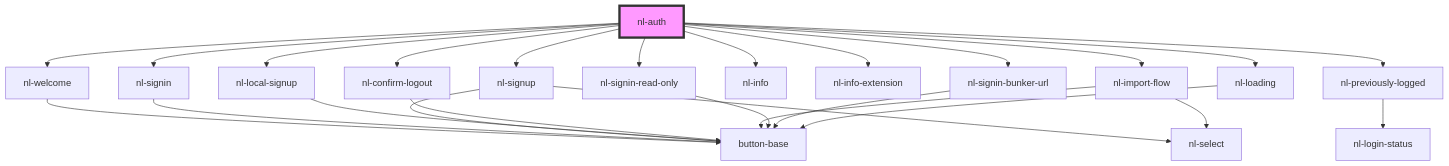
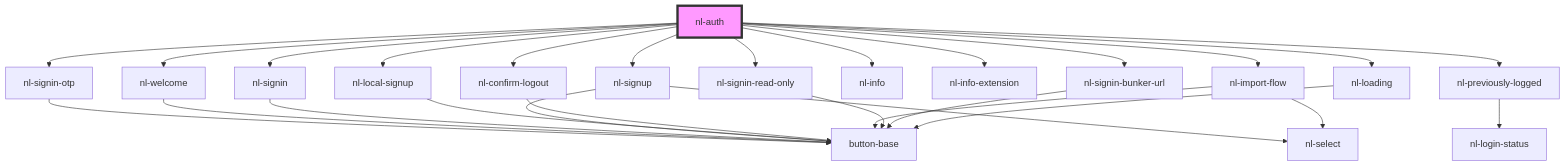
One commit to nostrband/nostr-login changed the diagram in packages/components/src/components/nl-auth/readme.md. Above: the diagram before and after it, drawn with Mermaid. The commit also changed other lines of this file and 22 other files, not shown here.

````diff
--- a/packages/components/src/components/nl-auth/readme.md
+++ b/packages/components/src/components/nl-auth/readme.md
@@ -51,28 +54,30 @@
 ```mermaid
 graph TD;
+  nl-auth --> nl-signin-otp
   nl-auth --> nl-welcome
   nl-auth --> nl-signin
   nl-auth --> nl-signup
   nl-auth --> nl-local-signup
   nl-auth --> nl-confirm-logout
   nl-auth --> nl-import-flow
   nl-auth --> nl-info
   nl-auth --> nl-info-extension
   nl-auth --> nl-signin-read-only
   nl-auth --> nl-signin-bunker-url
   nl-auth --> nl-previously-logged
   nl-auth --> nl-loading
+  nl-signin-otp --> button-base
   nl-welcome --> button-base
   nl-signin --> button-base
   nl-signup --> nl-select
   nl-signup --> button-base
   nl-local-signup --> button-base
   nl-confirm-logout --> button-base
   nl-import-flow --> button-base
   nl-import-flow --> nl-select
   nl-signin-read-only --> button-base
   nl-signin-bunker-url --> button-base
   nl-previously-logged --> nl-login-status
   nl-loading --> button-base
   style nl-auth fill:#f9f,stroke:#333,stroke-width:4px
 ```
````
